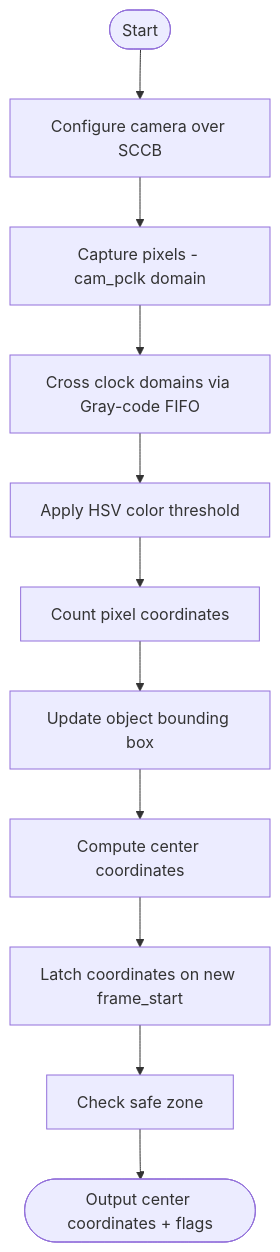
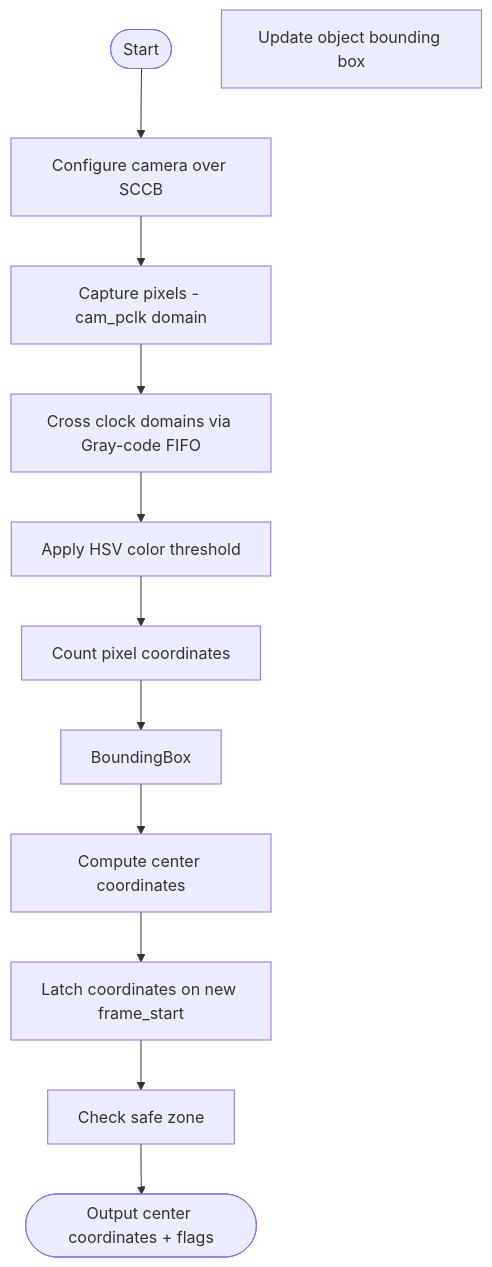
The third of 4 diagrams in README.md (HoaqThan/FPGA-Color-Tracking), drawn with Mermaid before and after one commit. The commit also changed other lines of this file, not shown here.

Commit message:
Revise VGA Output section and update terminology
Updated section titles and terminology in README.

````diff
--- a/README.md
+++ b/README.md
@@ -344,26 +344,26 @@
 ```mermaid
 flowchart TD
 
 Start([Start])
 Config[Configure camera over SCCB]
 Capture[Capture pixels - cam_pclk domain]
 CDC[Cross clock domains via Gray-code FIFO]
 HSV[Apply HSV color threshold]
 XY[Count pixel coordinates]
 BBox[Update object bounding box]
 Center[Compute center coordinates]
 Latch[Latch coordinates on new frame_start]
 Safe[Check safe zone]
 Output([Output center coordinates + flags])
 
 Start --> Config
 Config --> Capture
 Capture --> CDC
 CDC --> HSV
 HSV --> XY
-XY --> BBox
-BBox --> Center
+XY --> BoundingBox
+BoundingBox --> Center
 Center --> Latch
 Latch --> Safe
 Safe --> Output
 ```
````
